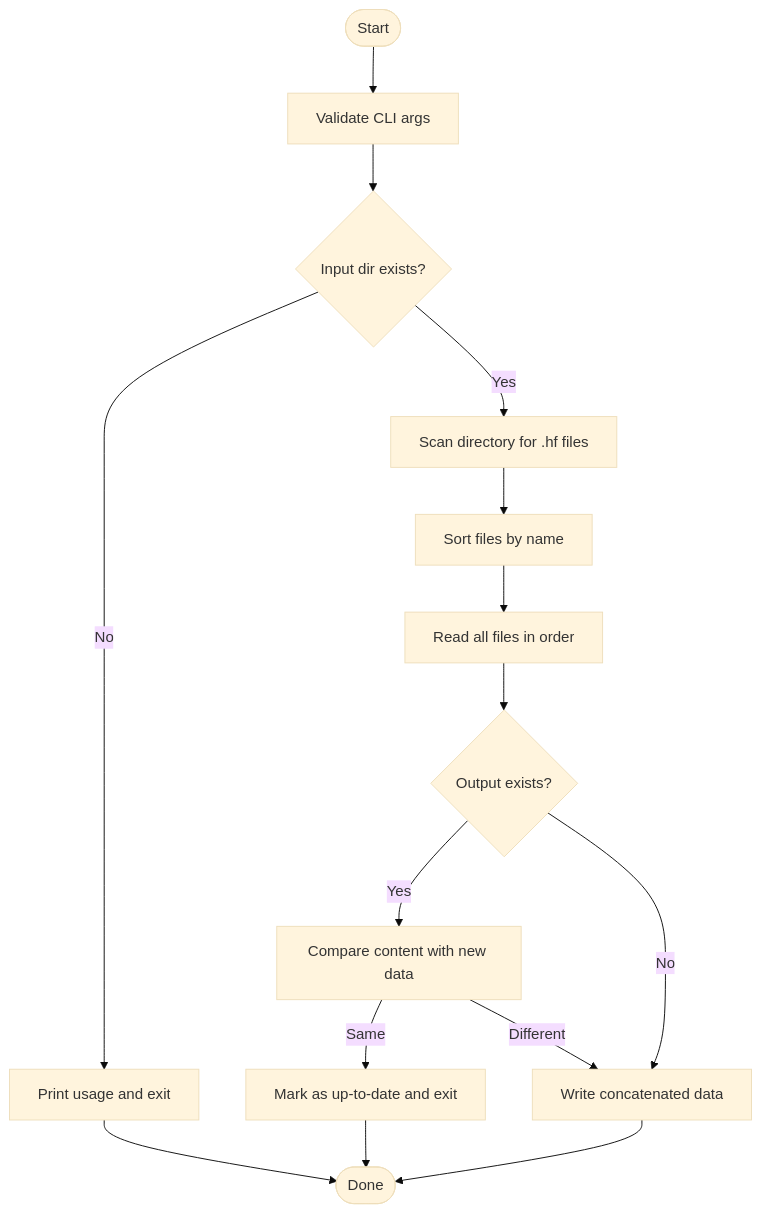
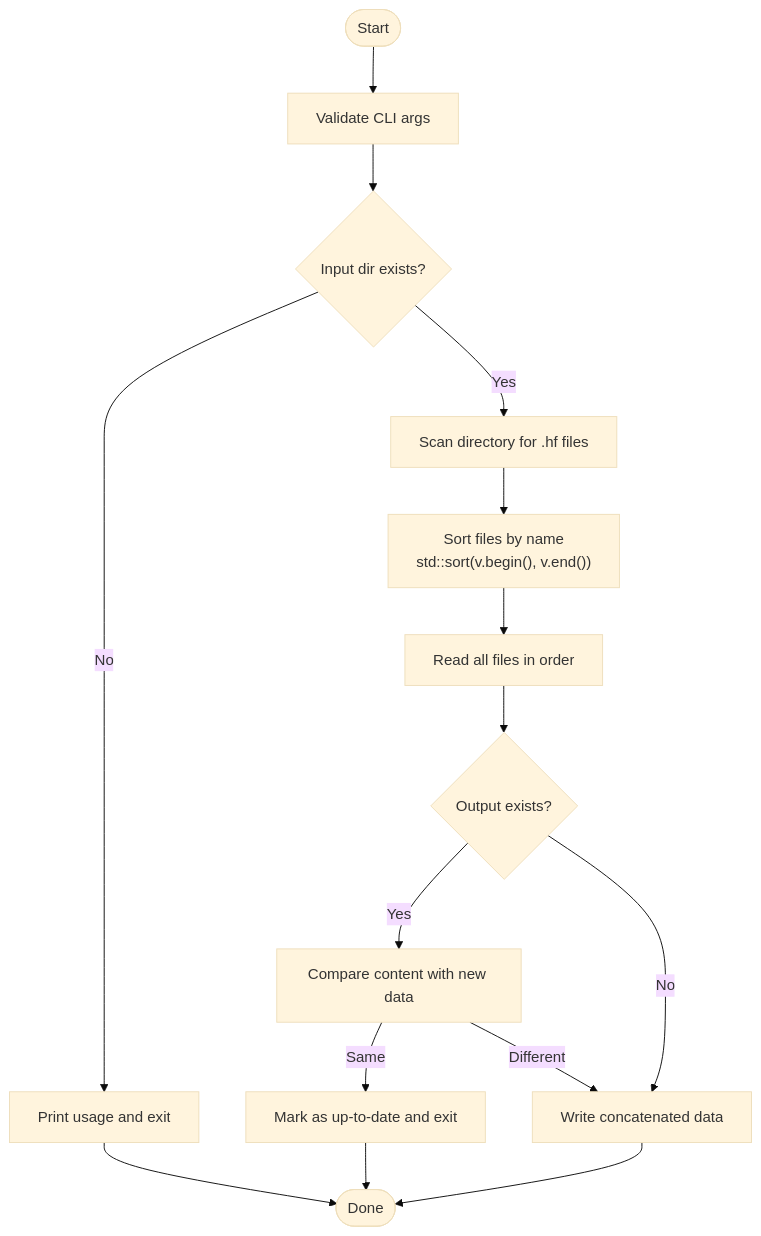
One commit to VIZ-Blockchain/viz-cpp-node changed the third of 10 diagrams in .qoder/repowiki/en/content/Development Tools/Build System/Build Helper Tools/Build Helper Tools.md. Above: the diagram before and after it, drawn with Mermaid (base theme). The commit also changed other lines of this file and 3 other files, not shown here.

````diff
--- a/.qoder/repowiki/en/content/Development Tools/Build System/Build Helper Tools/Build Helper Tools.md
+++ b/.qoder/repowiki/en/content/Development Tools/Build System/Build Helper Tools/Build Helper Tools.md
@@ -124,17 +135,17 @@
 ```mermaid
 flowchart TD
 Start(["Start"]) --> Args["Validate CLI args"]
 Args --> DirOK{"Input dir exists?"}
 DirOK --> |No| ErrArgs["Print usage and exit"]
 DirOK --> |Yes| Scan["Scan directory for .hf files"]
-Scan --> Sort["Sort files by name"]
+Scan --> Sort["Sort files by name<br/>std::sort(v.begin(), v.end())"]
 Sort --> Read["Read all files in order"]
 Read --> Compare{"Output exists?"}
 Compare --> |Yes| Exists["Compare content with new data"]
 Exists --> |Same| UpToDate["Mark as up-to-date and exit"]
 Exists --> |Different| Write["Write concatenated data"]
 Compare --> |No| Write
 Write --> Done(["Done"])
 UpToDate --> Done
 ErrArgs --> Done
 ```
````
